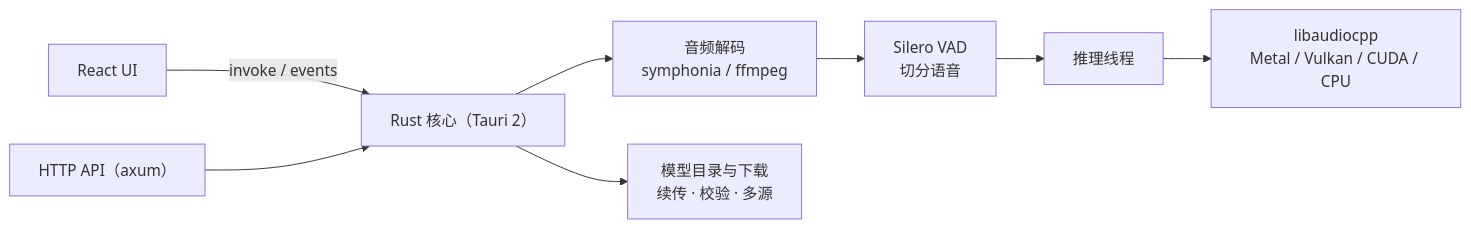
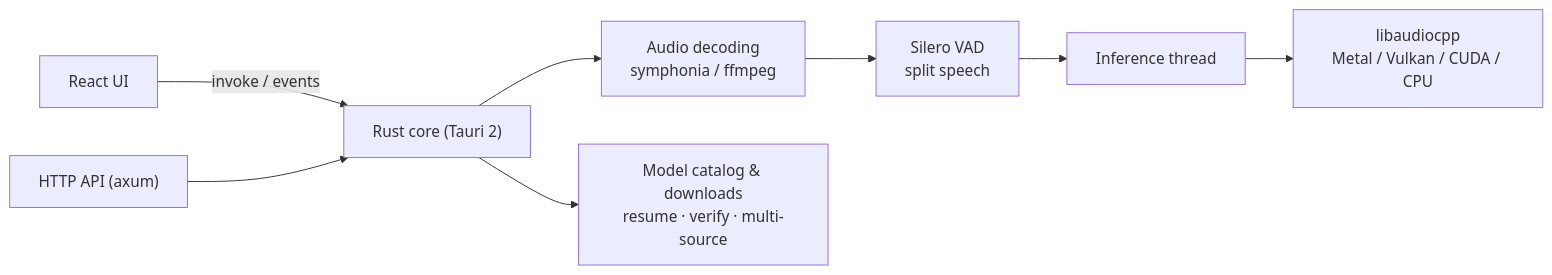
The diagram in README.md (linyqh/MurmurASR), drawn with Mermaid before and after one commit. The commit also changed other lines of this file and 1 other file, not shown here.

````diff
--- a/README.md
+++ b/README.md
@@ -150,10 +153,10 @@
 ```mermaid
 flowchart LR
-  UI["React UI"] -- "invoke / events" --> Core["Rust 核心（Tauri 2）"]
-  API["HTTP API（axum）"] --> Core
-  Core --> Audio["音频解码<br/>symphonia / ffmpeg"]
-  Audio --> VAD["Silero VAD<br/>切分语音"]
-  VAD --> Worker["推理线程"]
+  UI["React UI"] -- "invoke / events" --> Core["Rust core (Tauri 2)"]
+  API["HTTP API (axum)"] --> Core
+  Core --> Audio["Audio decoding<br/>symphonia / ffmpeg"]
+  Audio --> VAD["Silero VAD<br/>split speech"]
+  VAD --> Worker["Inference thread"]
   Worker --> Engine["libaudiocpp<br/>Metal / Vulkan / CUDA / CPU"]
-  Core --> Models["模型目录与下载<br/>续传 · 校验 · 多源"]
+  Core --> Models["Model catalog & downloads<br/>resume · verify · multi-source"]
 ```
````
